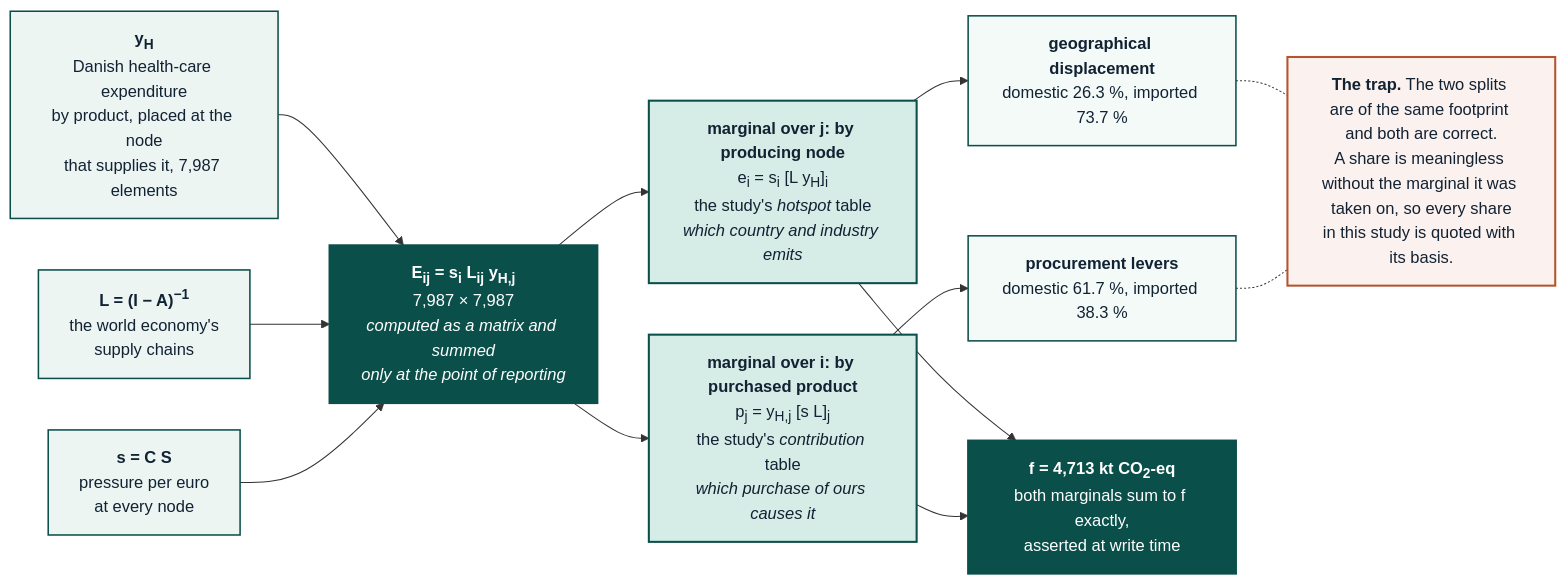
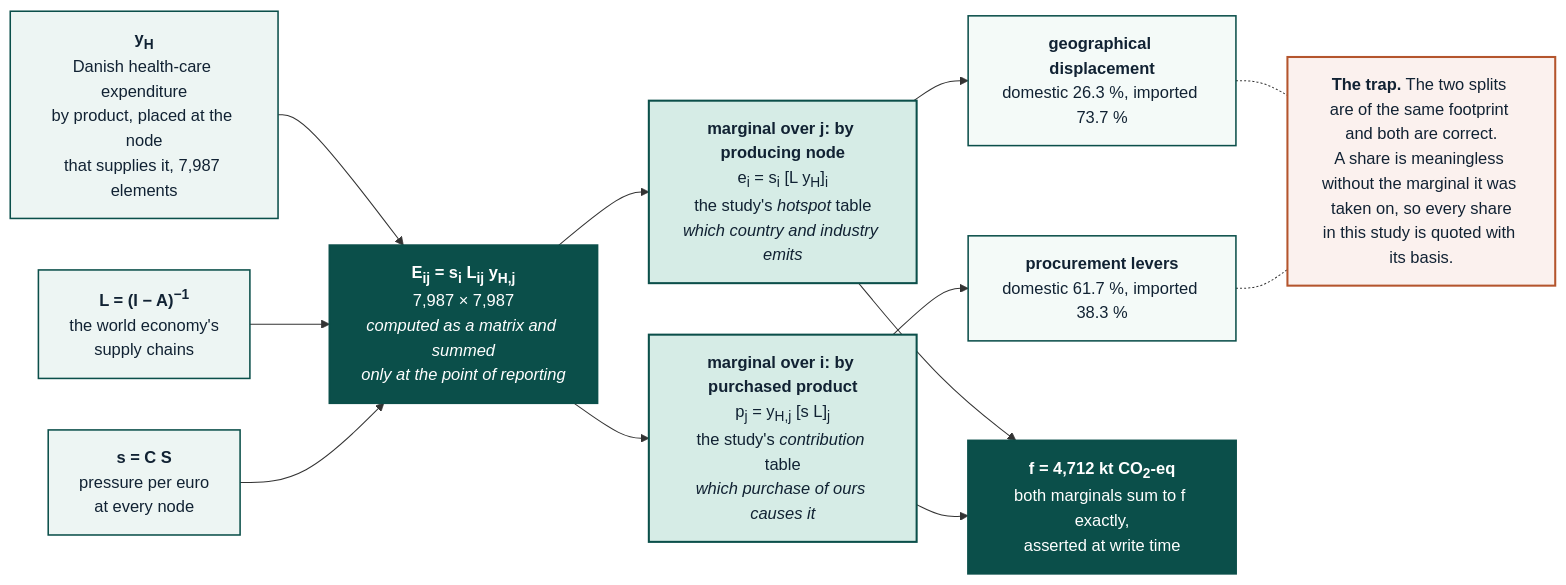
Before and after one commit to Ofir2025/envr-footprint-healthcare-Dk2025: the diagram in docs/methods/replications/00_core_footprint.md, drawn with Mermaid. The commit also changed 94 other files, not shown here.

````diff
--- a/docs/methods/replications/00_core_footprint.md
+++ b/docs/methods/replications/00_core_footprint.md
@@ -46,36 +46,36 @@
 ```mermaid
 flowchart LR
     Y["<b>y<sub>H</sub></b><br/>Danish health-care expenditure<br/>by product, placed at the node<br/>that supplies it, 7,987 elements"]
     L["<b>L = (I − A)<sup>−1</sup></b><br/>the world economy's<br/>supply chains"]
     S["<b>s = C S</b><br/>pressure per euro<br/>at every node"]
 
     E["<b>E<sub>ij</sub> = s<sub>i</sub> L<sub>ij</sub> y<sub>H,j</sub></b><br/>7,987 × 7,987<br/><i>computed as a matrix and summed<br/>only at the point of reporting</i>"]
 
     Y --> E
     L --> E
     S --> E
 
     E --> P["<b>marginal over j: by producing node</b><br/>e<sub>i</sub> = s<sub>i</sub> [L y<sub>H</sub>]<sub>i</sub><br/>the study's <i>hotspot</i> table<br/><i>which country and industry emits</i>"]
     E --> Q["<b>marginal over i: by purchased product</b><br/>p<sub>j</sub> = y<sub>H,j</sub> [s L]<sub>j</sub><br/>the study's <i>contribution</i> table<br/><i>which purchase of ours causes it</i>"]
 
     P --> G1["<b>geographical displacement</b><br/>domestic 26.3 %, imported 73.7 %"]
     Q --> G2["<b>procurement levers</b><br/>domestic 61.7 %, imported 38.3 %"]
 
-    P --> F["<b>f = 4,713 kt CO<sub>2</sub>-eq</b><br/>both marginals sum to f exactly,<br/>asserted at write time"]
+    P --> F["<b>f = 4,712 kt CO<sub>2</sub>-eq</b><br/>both marginals sum to f exactly,<br/>asserted at write time"]
     Q --> F
 
     W["<b>The trap.</b> The two splits are of the same footprint and both are correct.<br/>A share is meaningless without the marginal it was taken on, so every share<br/>in this study is quoted with its basis."]
     G1 -.- W
     G2 -.- W
 
     classDef input fill:#EDF5F3,stroke:#0B4F4A,stroke-width:1.5px,color:#123
     classDef core fill:#0B4F4A,stroke:#0B4F4A,stroke-width:2px,color:#FFFFFF
     classDef marg fill:#D6ECE6,stroke:#0B4F4A,stroke-width:2px,color:#123
     classDef out fill:#F4FAF8,stroke:#0B4F4A,stroke-width:1.5px,color:#123
     classDef warn fill:#FBF1EE,stroke:#B4552D,stroke-width:2px,color:#123
     class Y,L,S input
     class E,F core
     class P,Q marg
     class G1,G2 out
     class W warn
 ```
````
